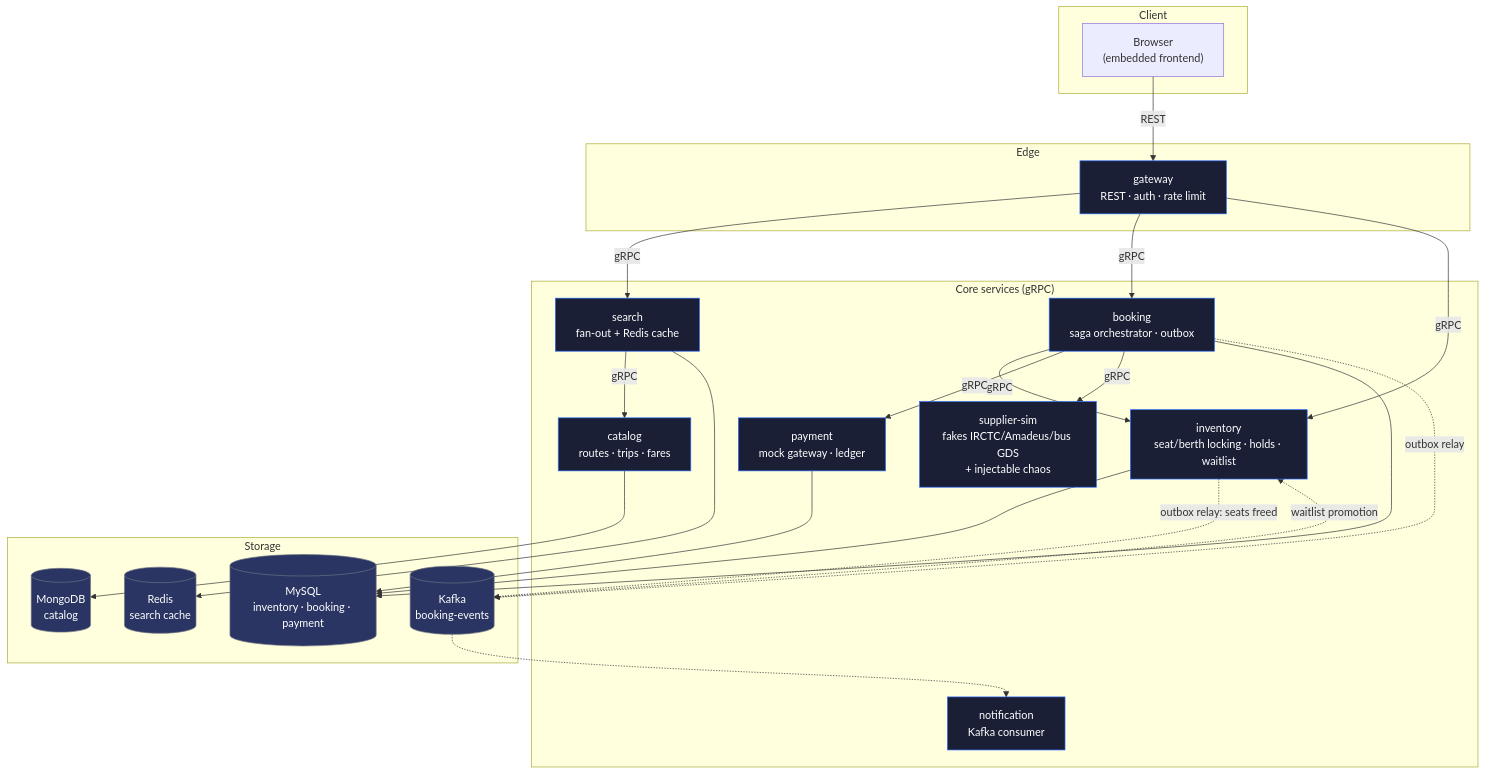
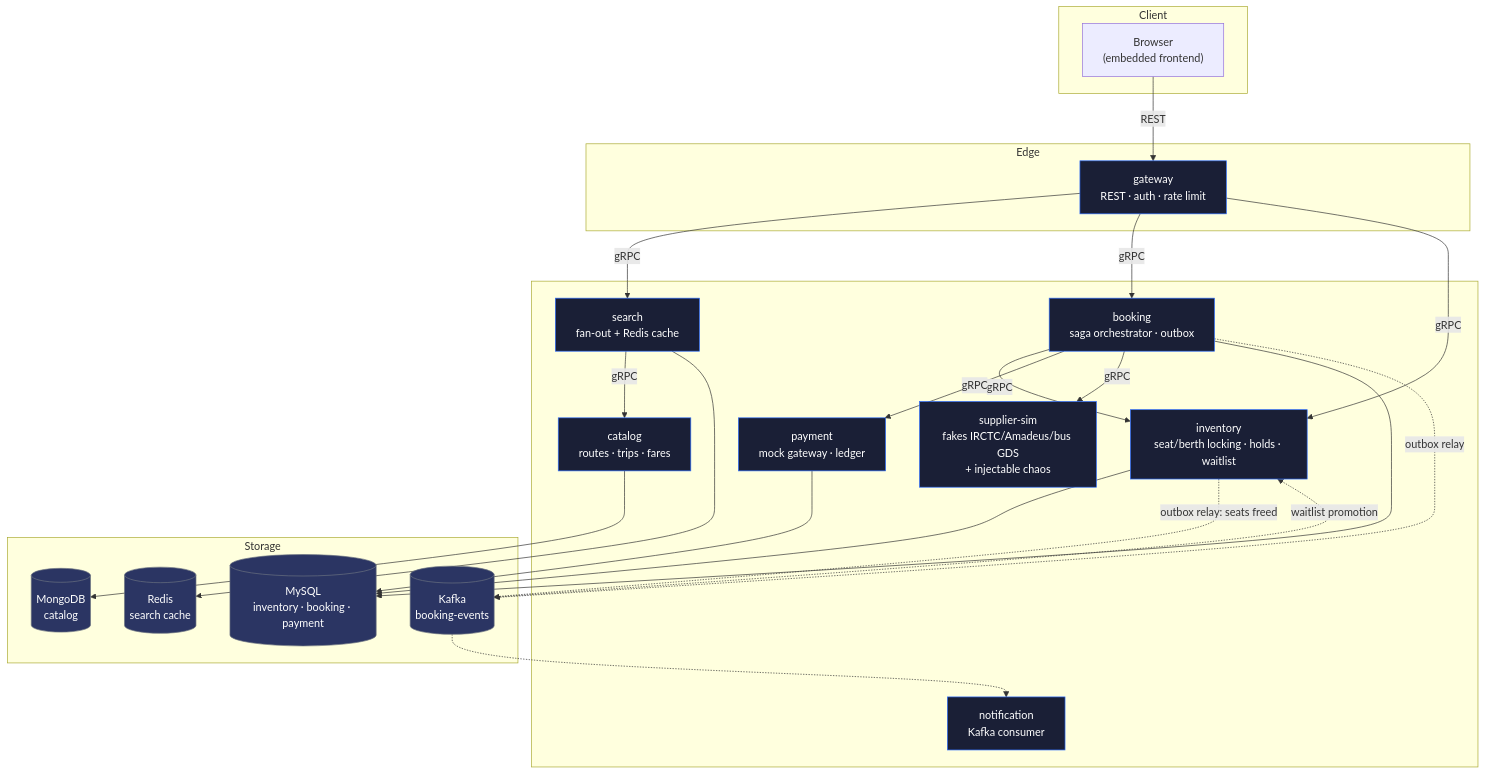
The diagram in README.md (Muditjain13/RoadRunnerProject), drawn with Mermaid before and after one commit. The commit also changed 1 other file, not shown here.

Commit message:
Diagram: blank core subgraph title so edges do not cross it

````diff
--- a/README.md
+++ b/README.md
@@ -40,53 +40,53 @@
 ```mermaid
 flowchart TB
     subgraph client["Client"]
         browser["Browser<br/>(embedded frontend)"]
     end
 
     subgraph edge["Edge"]
         gateway["gateway<br/>REST · auth · rate limit"]
     end
 
-    subgraph core["Core services (gRPC)"]
+    subgraph core[" "]
         search["search<br/>fan-out + Redis cache"]
         catalog["catalog<br/>routes · trips · fares"]
         inventory["inventory<br/>seat/berth locking · holds · waitlist"]
         booking["booking<br/>saga orchestrator · outbox"]
         payment["payment<br/>mock gateway · ledger"]
         suppliersim["supplier-sim<br/>fakes IRCTC/Amadeus/bus GDS<br/>+ injectable chaos"]
         notification["notification<br/>Kafka consumer"]
     end
 
     subgraph stores["Storage"]
         mongo[("MongoDB<br/>catalog")]
         mysql[("MySQL<br/>inventory · booking · payment")]
         redis[("Redis<br/>search cache")]
         kafka[("Kafka<br/>booking-events")]
     end
 
     browser -->|REST| gateway
     gateway -->|gRPC| search
     gateway -->|gRPC| booking
     gateway -->|gRPC| inventory
 
     search -->|gRPC| catalog
     search --> redis
     catalog --> mongo
 
     booking -->|gRPC| inventory
     booking -->|gRPC| payment
     booking -->|gRPC| suppliersim
     booking --> mysql
     inventory --> mysql
     payment --> mysql
 
     booking -.->|outbox relay| kafka
     inventory -.->|outbox relay: seats freed| kafka
     kafka -.-> notification
     kafka -.->|waitlist promotion| inventory
 
     classDef svc fill:#1a1f36,color:#fff,stroke:#2b6bff
     classDef store fill:#2b3563,color:#fff,stroke:#6b7280
     class gateway,search,catalog,inventory,booking,payment,suppliersim,notification svc
     class mongo,mysql,redis,kafka store
 ```
````
